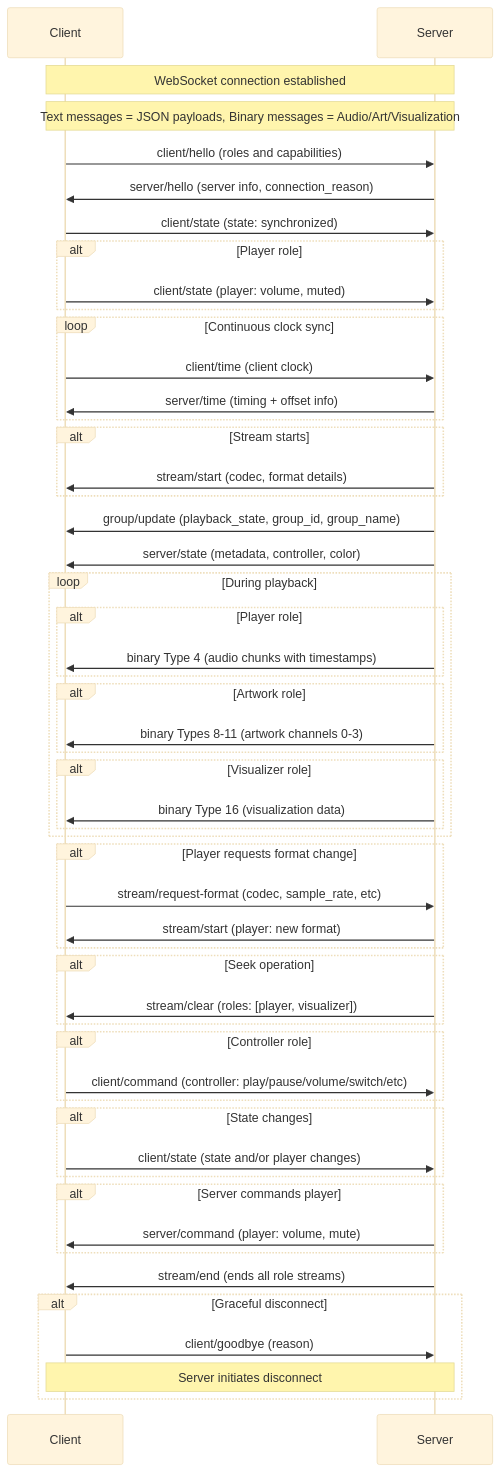
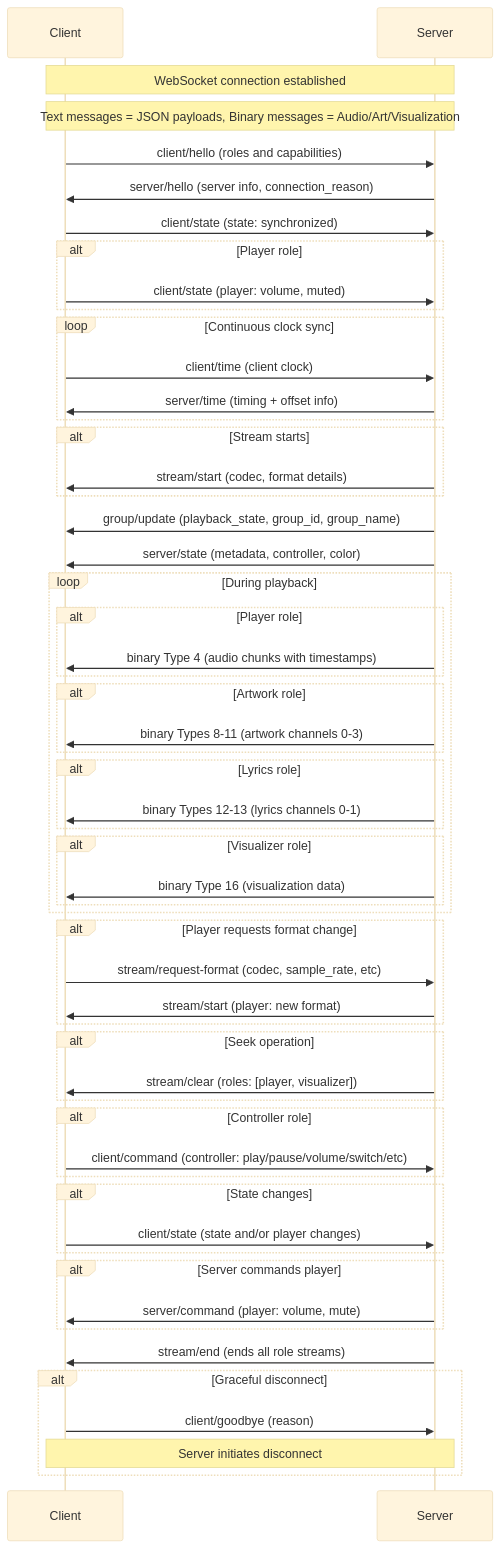
The diagram in README.md (Resonate-Protocol/spec), drawn with Mermaid (base theme) before and after one commit. The commit also changed other lines of this file, not shown here.

First line of the commit message:
feat: add Lyrics role for LRC and CDG karaoke support

````diff
--- a/README.md
+++ b/README.md
@@ -184,69 +185,72 @@
 ```mermaid
 sequenceDiagram
     participant Client
     participant Server
 
     Note over Client,Server: WebSocket connection established
 
     Note over Client,Server: Text messages = JSON payloads, Binary messages = Audio/Art/Visualization
 
     Client->>Server: client/hello (roles and capabilities)
     Server->>Client: server/hello (server info, connection_reason)
 
     Client->>Server: client/state (state: synchronized)
     alt Player role
         Client->>Server: client/state (player: volume, muted)
     end
 
     loop Continuous clock sync
         Client->>Server: client/time (client clock)
         Server->>Client: server/time (timing + offset info)
     end
 
     alt Stream starts
         Server->>Client: stream/start (codec, format details)
     end
 
     Server->>Client: group/update (playback_state, group_id, group_name)
     Server->>Client: server/state (metadata, controller, color)
 
     loop During playback
         alt Player role
             Server->>Client: binary Type 4 (audio chunks with timestamps)
         end
         alt Artwork role
             Server->>Client: binary Types 8-11 (artwork channels 0-3)
         end
+        alt Lyrics role
+            Server->>Client: binary Types 12-13 (lyrics channels 0-1)
+        end
         alt Visualizer role
             Server->>Client: binary Type 16 (visualization data)
         end
     end
 
     alt Player requests format change
         Client->>Server: stream/request-format (codec, sample_rate, etc)
         Server->>Client: stream/start (player: new format)
     end
 
     alt Seek operation
         Server->>Client: stream/clear (roles: [player, visualizer])
     end
 
     alt Controller role
         Client->>Server: client/command (controller: play/pause/volume/switch/etc)
     end
 
     alt State changes
         Client->>Server: client/state (state and/or player changes)
     end
 
     alt Server commands player
         Server->>Client: server/command (player: volume, mute)
     end
 
     Server->>Client: stream/end (ends all role streams)
 
     alt Graceful disconnect
         Client->>Server: client/goodbye (reason)
         Note over Client,Server: Server initiates disconnect
     end
 ```
````
